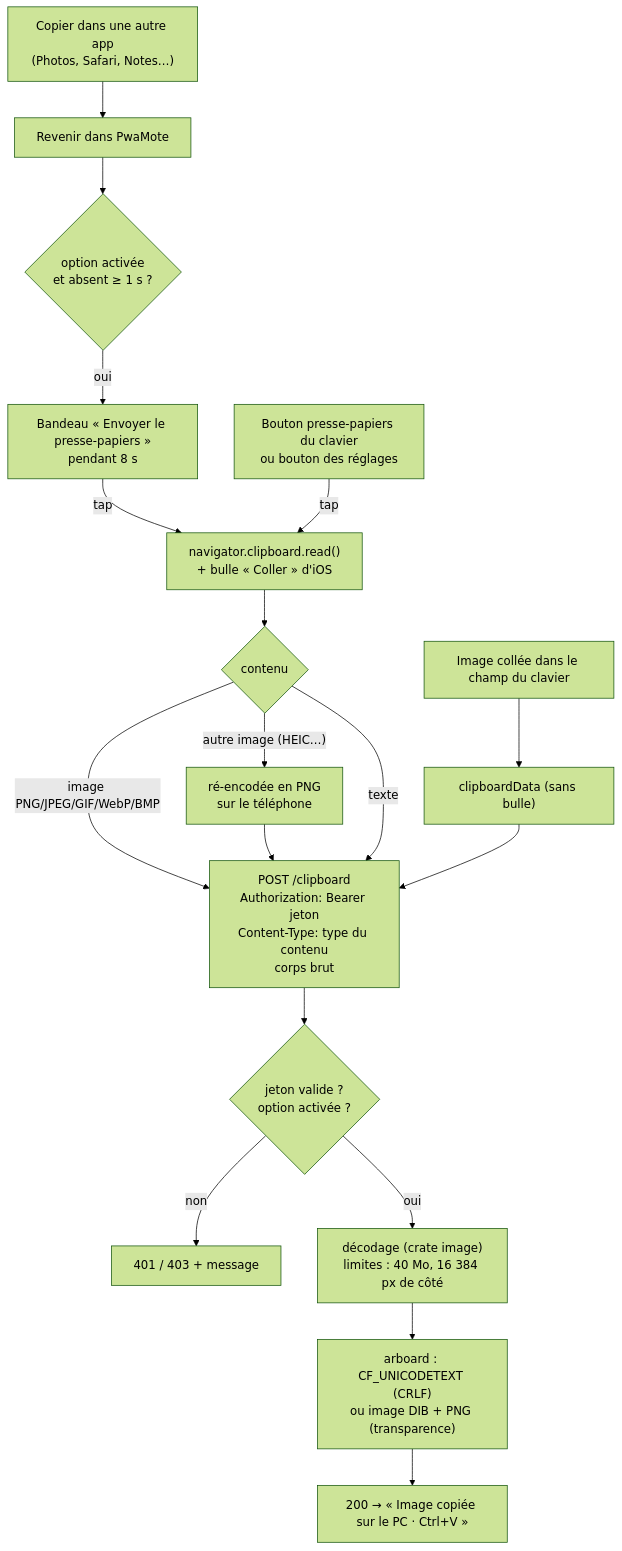
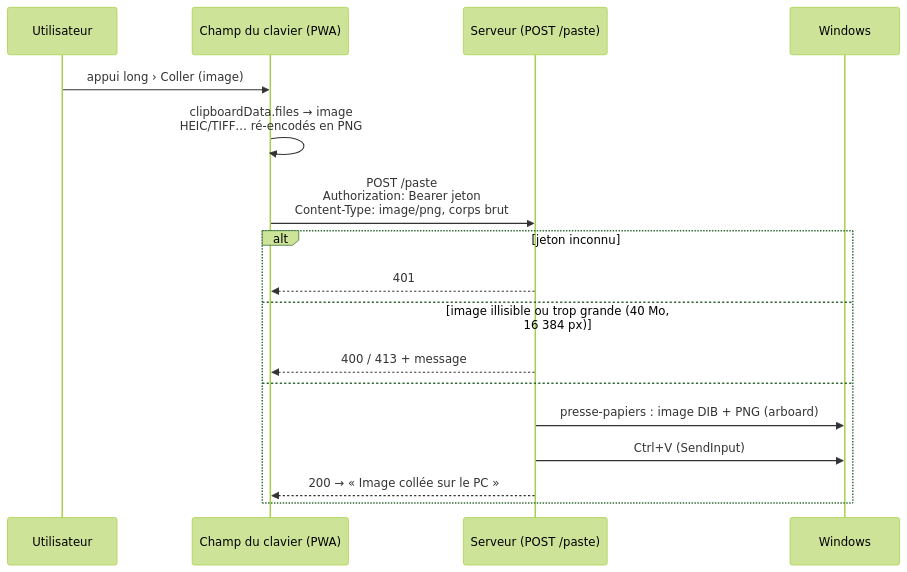
One commit to wardensfx/pwamote changed diagram 13 of 18 in docs/architecture.md. Above: the diagram before and after it, drawn with Mermaid (forest theme). The commit also changed other lines of this file and 15 other files, not shown here.

First line of the commit message:
feat: une image collée dans le champ du clavier est collée sur le PC

````diff
--- a/docs/architecture.md
+++ b/docs/architecture.md
@@ -299,19 +293,20 @@
 ```mermaid
-flowchart TD
-  A["Copier dans une autre app<br/>(Photos, Safari, Notes…)"] --> B["Revenir dans PwaMote"]
-  B --> C{"option activée<br/>et absent ≥ 1 s ?"}
-  C -- oui --> D["Bandeau « Envoyer le presse-papiers »<br/>pendant 8 s"]
-  D -- tap --> R["navigator.clipboard.read()<br/>+ bulle « Coller » d'iOS"]
-  K["Bouton presse-papiers du clavier<br/>ou bouton des réglages"] -- tap --> R
-  P["Image collée dans le champ du clavier"] --> I["clipboardData (sans bulle)"]
-  R --> X{"contenu"}
-  X -- "image PNG/JPEG/GIF/WebP/BMP" --> S
-  X -- "autre image (HEIC…)" --> V["ré-encodée en PNG<br/>sur le téléphone"] --> S
-  X -- texte --> S
-  I --> S["POST /clipboard<br/>Authorization: Bearer jeton<br/>Content-Type: type du contenu<br/>corps brut"]
-  S --> W{"jeton valide ?<br/>option activée ?"}
-  W -- non --> E["401 / 403 + message"]
-  W -- oui --> DEC["décodage (crate image)<br/>limites : 40 Mo, 16 384 px de côté"]
-  DEC --> WIN["arboard : CF_UNICODETEXT (CRLF)<br/>ou image DIB + PNG (transparence)"]
-  WIN --> OK["200 → « Image copiée sur le PC · Ctrl+V »"]
+sequenceDiagram
+  participant U as Utilisateur
+  participant K as Champ du clavier (PWA)
+  participant S as Serveur (POST /paste)
+  participant W as Windows
+
+  U->>K: appui long › Coller (image)
+  K->>K: clipboardData.files → image<br/>HEIC/TIFF… ré-encodés en PNG
+  K->>S: POST /paste<br/>Authorization: Bearer jeton<br/>Content-Type: image/png, corps brut
+  alt jeton inconnu
+    S-->>K: 401
+  else image illisible ou trop grande (40 Mo, 16 384 px)
+    S-->>K: 400 / 413 + message
+  else
+    S->>W: presse-papiers : image DIB + PNG (arboard)
+    S->>W: Ctrl+V (SendInput)
+    S-->>K: 200 → « Image collée sur le PC »
+  end
 ```
````
